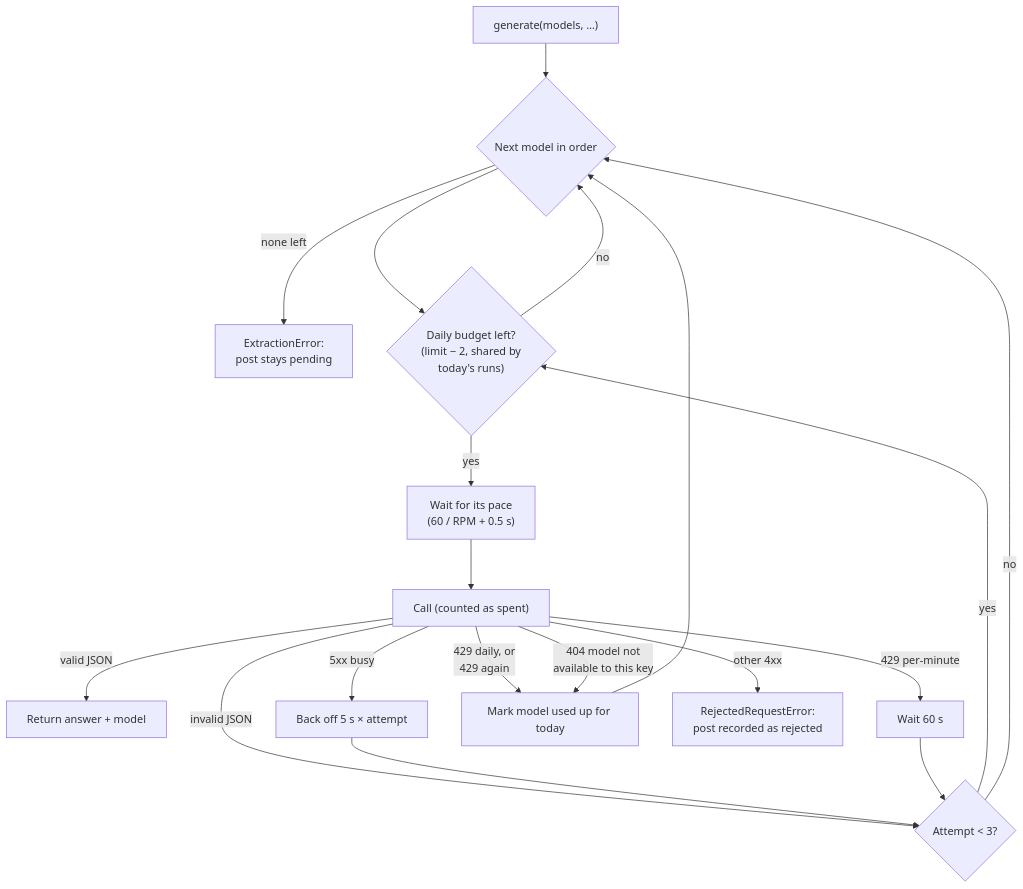
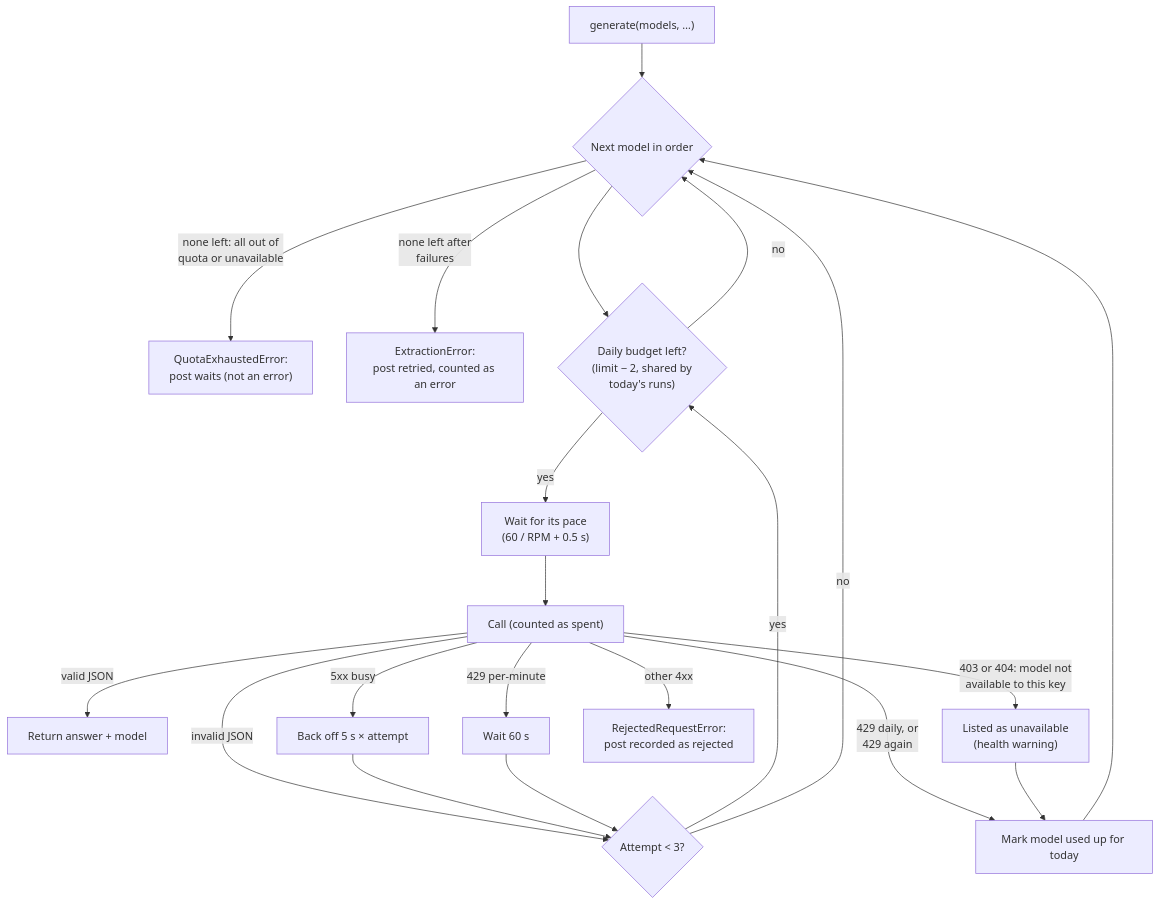
Before and after one commit to pa-bailar/backend: the fifth of 12 diagrams in docs/ARCHITECTURE.md, drawn with Mermaid. The commit also changed other lines of this file and 2 other files, not shown here.

Commit message:
docs: admin status, post outcomes, quota waits, unavailable models, lite-only mode, discovery's allowance

````diff
--- a/docs/ARCHITECTURE.md
+++ b/docs/ARCHITECTURE.md
@@ -441,17 +442,18 @@
 ```mermaid
 flowchart TD
     S["generate(models, …)"] --> M{"Next model in order"}
-    M -->|none left| E["ExtractionError:<br/>post stays pending"]
+    M -->|"none left: all out of<br/>quota or unavailable"| Q["QuotaExhaustedError:<br/>post waits (not an error)"]
+    M -->|"none left after<br/>failures"| E["ExtractionError:<br/>post retried, counted as an error"]
     M --> B{"Daily budget left?<br/>(limit − 2, shared by<br/>today's runs)"}
     B -->|no| M
     B -->|yes| PACE["Wait for its pace<br/>(60 / RPM + 0.5 s)"] --> CALL["Call (counted as spent)"]
     CALL -->|"valid JSON"| OK["Return answer + model"]
     CALL -->|"invalid JSON"| RETRY{"Attempt < 3?"}
     CALL -->|"5xx busy"| BACK["Back off 5 s × attempt"] --> RETRY
     CALL -->|"429 per-minute"| WAIT["Wait 60 s"] --> RETRY
     CALL -->|"429 daily, or<br/>429 again"| EXH["Mark model used up for today"] --> M
-    CALL -->|"404 model not<br/>available to this key"| EXH
+    CALL -->|"403 or 404: model not<br/>available to this key"| UNAV["Listed as unavailable<br/>(health warning)"] --> EXH
     CALL -->|"other 4xx"| REJ["RejectedRequestError:<br/>post recorded as rejected"]
     RETRY -->|yes| B
     RETRY -->|no| M
 ```
````
